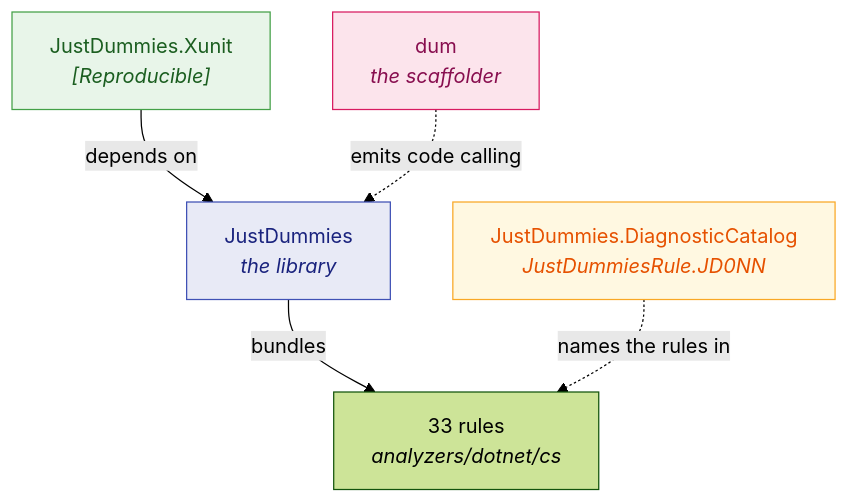
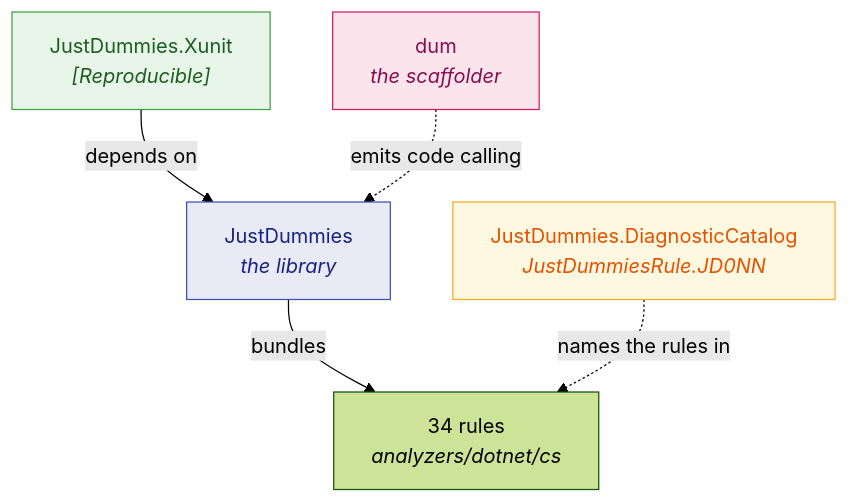
Before and after one commit to Reefact/just-dummies: the diagram in doc/handwritten/for-users/packages/README.md, drawn with Mermaid (forest theme). The commit also changed other lines of this file and 53 other files, not shown here.

````diff
--- a/doc/handwritten/for-users/packages/README.md
+++ b/doc/handwritten/for-users/packages/README.md
@@ -18,14 +18,14 @@
 ```mermaid
 flowchart TD
     accTitle: How the four packages relate
-    accDescr: JustDummies, the library, bundles the 33 rules under analyzers/dotnet/cs. JustDummies.Xunit depends on the library. JustDummies.DiagnosticCatalog names those rules without depending on them, and dum, the scaffolder, emits code calling the library.
-    L["JustDummies<br/><i>the library</i>"] -->|"bundles"| A["33 rules<br/><i>analyzers/dotnet/cs</i>"]
+    accDescr: JustDummies, the library, bundles the 34 rules under analyzers/dotnet/cs. JustDummies.Xunit depends on the library. JustDummies.DiagnosticCatalog names those rules without depending on them, and dum, the scaffolder, emits code calling the library.
+    L["JustDummies<br/><i>the library</i>"] -->|"bundles"| A["34 rules<br/><i>analyzers/dotnet/cs</i>"]
     X["JustDummies.Xunit<br/><i>[Reproducible]</i>"] -->|"depends on"| L
     C["JustDummies.DiagnosticCatalog<br/><i>JustDummiesRule.JD0NN</i>"]
     C -.->|"names the rules in"| A
     D["dum<br/><i>the scaffolder</i>"] -.->|"emits code calling"| L
     style L fill:#e8eaf6,stroke:#3f51b5,color:#1a237e
     style X fill:#e8f5e9,stroke:#43a047,color:#1b5e20
     style C fill:#fff8e1,stroke:#f9a825,color:#e65100
     style D fill:#fce4ec,stroke:#d81b60,color:#880e4f
 ```
````
